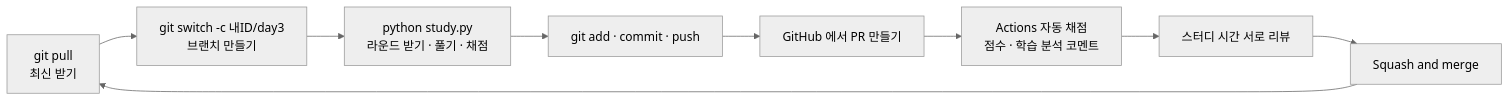
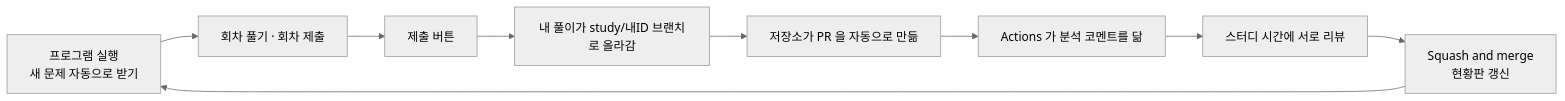
The first of 2 diagrams in docs/GIT_GUIDE.md (WaterMinCho/rokey-python-study), drawn with Mermaid (neutral theme) before and after one commit. The commit also changed other lines of this file and 13 other files, not shown here.

````diff
--- a/docs/GIT_GUIDE.md
+++ b/docs/GIT_GUIDE.md
@@ -6,11 +5,11 @@
 ```mermaid
 flowchart LR
-    A[git pull<br/>최신 받기] --> B[git switch -c 내ID/day3<br/>브랜치 만들기]
-    B --> C[python study.py<br/>라운드 받기 · 풀기 · 채점]
-    C --> D[git add · commit · push]
-    D --> E[GitHub 에서 PR 만들기]
-    E --> F[Actions 자동 채점<br/>점수 · 학습 분석 코멘트]
-    F --> G[스터디 시간 서로 리뷰]
-    G --> H[Squash and merge]
+    A[프로그램 실행<br/>새 문제 자동으로 받기] --> B[회차 풀기 · 회차 제출]
+    B --> C[제출 버튼]
+    C --> D[내 풀이가 study/내ID 브랜치로 올라감]
+    D --> E[저장소가 PR 을 자동으로 만듦]
+    E --> F[Actions 가 분석 코멘트를 닮]
+    F --> G[스터디 시간에 서로 리뷰]
+    G --> H[Squash and merge<br/>현황판 갱신]
     H --> A
 ```
````
